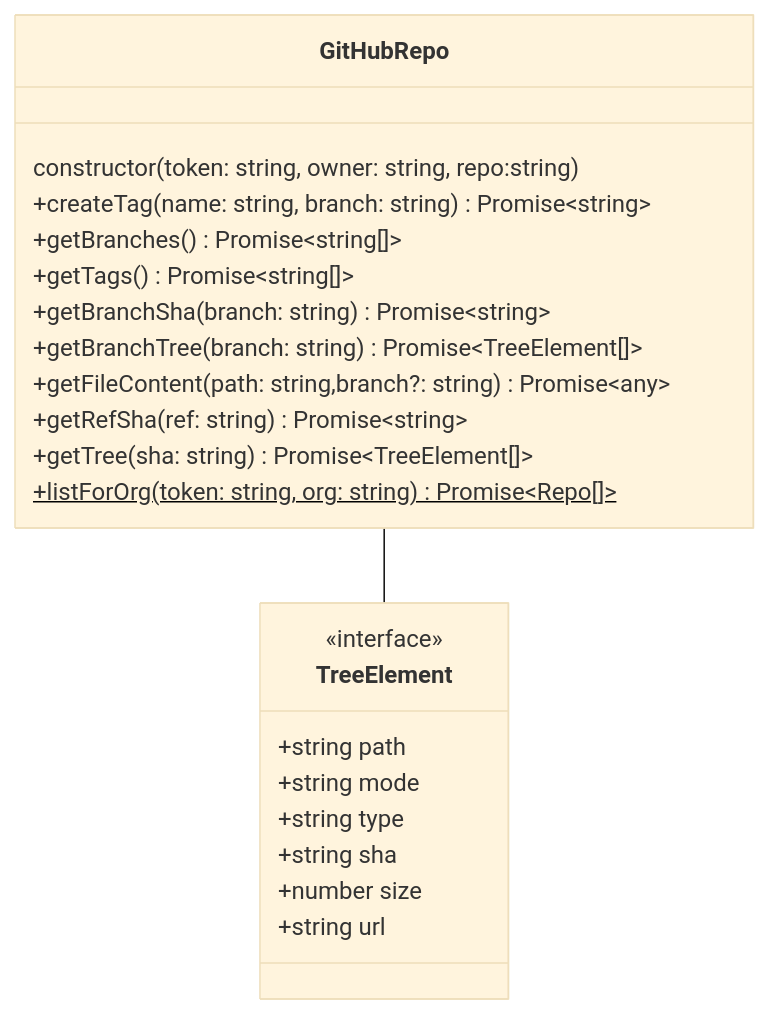
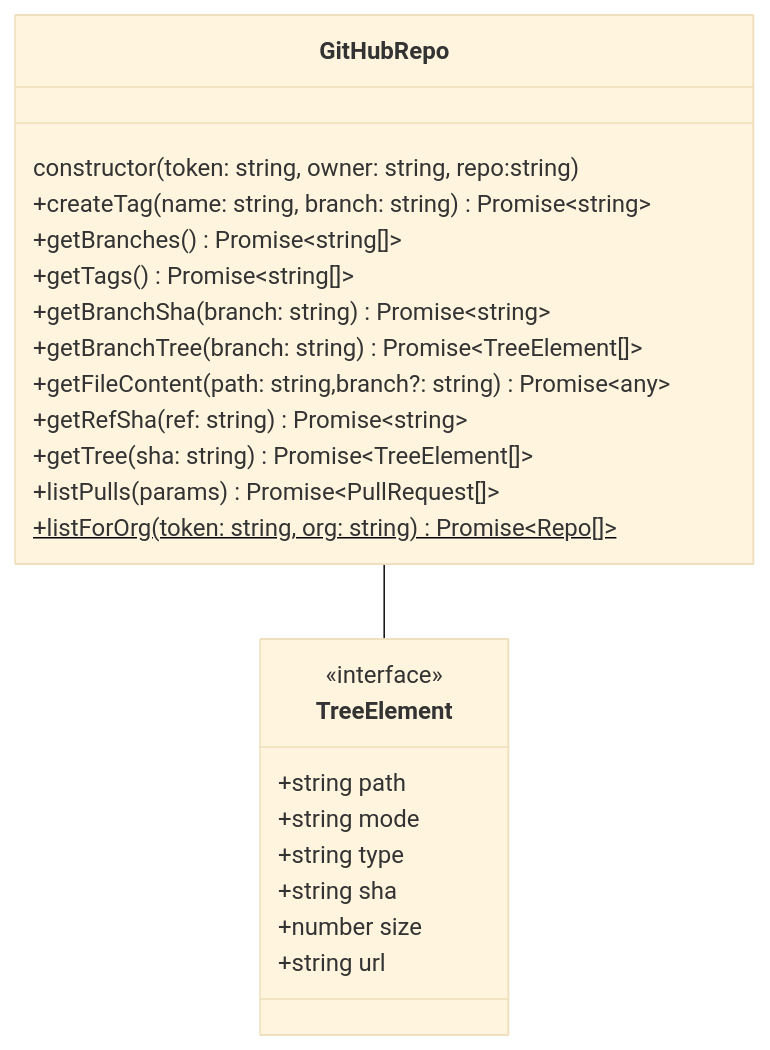
The diagram in docs/md/GitHubRepo.md (tomsdoo/github-repo), drawn with Mermaid (base theme) before and after one commit. The commit also changed other lines of this file and 14 other files, not shown here.

Commit message:
listPulls (#29)

````diff
--- a/docs/md/GitHubRepo.md
+++ b/docs/md/GitHubRepo.md
@@ -19,28 +20,29 @@
 ``` mermaid
 classDiagram
 
 class GitHubRepo {
   constructor(token: string, owner: string, repo:string)
   +createTag(name: string, branch: string) Promise~string~
   +getBranches() Promise~string[]~
   +getTags() Promise~string[]~
   +getBranchSha(branch: string) Promise~string~
   +getBranchTree(branch: string) Promise~TreeElement[]~
   +getFileContent(path: string,branch?: string) Promise~any~
   +getRefSha(ref: string) Promise~string~
   +getTree(sha: string) Promise~TreeElement[]~
+  +listPulls(params) Promise~PullRequest[]~
   +listForOrg(token: string, org: string) Promise~Repo[]~$
 }
 
 class TreeElement {
   <<interface>>
   +string path
   +string mode
   +string type
   +string sha
   +number size
   +string url
 }
 
 GitHubRepo -- TreeElement
 ```
````
